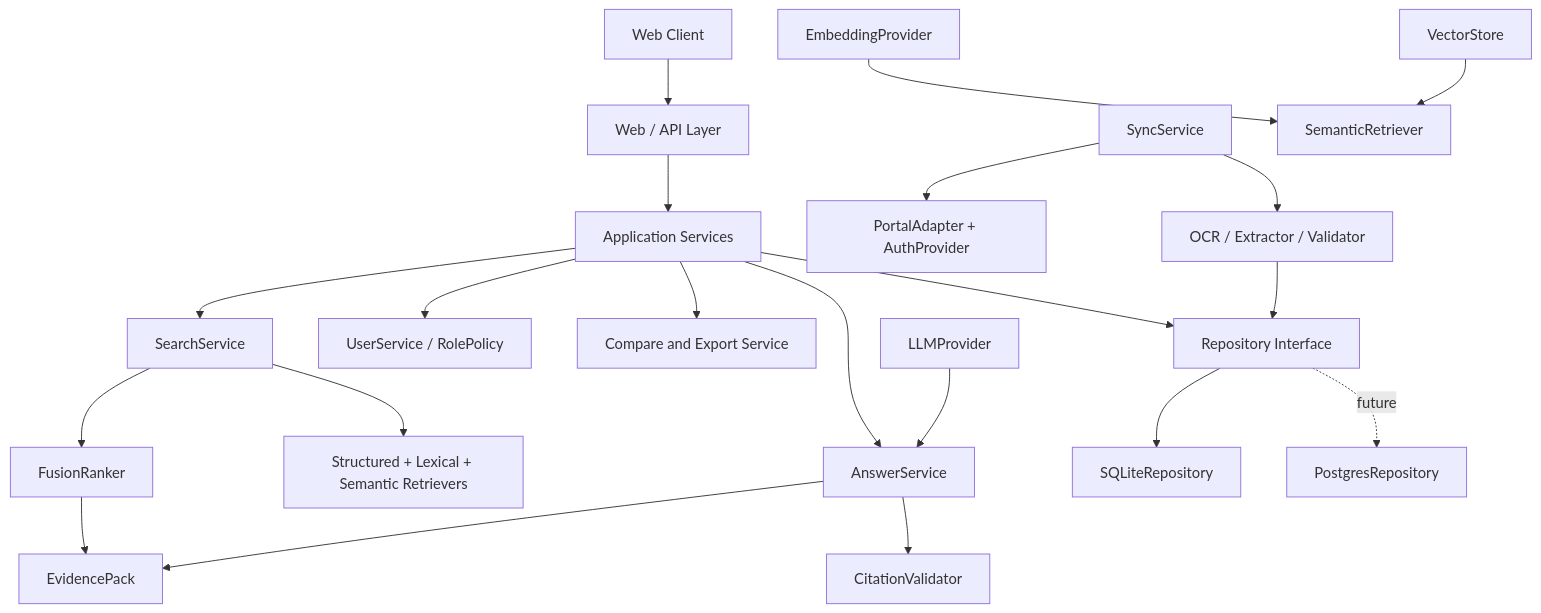
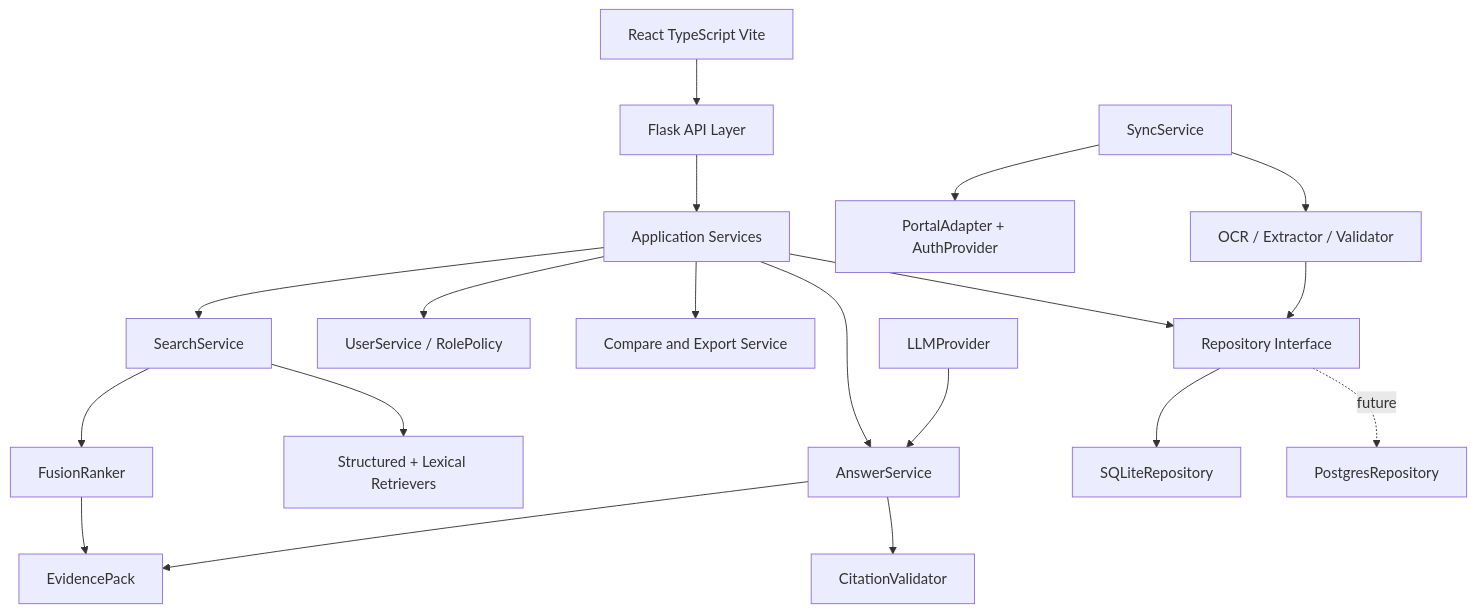
Before and after one commit to Onesummer-D/muc-selection-search: the fourth of 6 diagrams in docs/ARCHITECTURE.md, drawn with Mermaid. The commit also changed other lines of this file and 17 other files, not shown here.

````diff
--- a/docs/ARCHITECTURE.md
+++ b/docs/ARCHITECTURE.md
@@ -118,23 +120,21 @@
 ```mermaid
 flowchart TB
-  Client[Web Client] --> API[Web / API Layer]
+  Client[React TypeScript Vite] --> API[Flask API Layer]
   API --> App[Application Services]
   App --> Search[SearchService]
   App --> User[UserService / RolePolicy]
   App --> RAG[AnswerService]
   App --> Compare[Compare and Export Service]
-  Search --> Retriever[Structured + Lexical + Semantic Retrievers]
+  Search --> Retriever[Structured + Lexical Retrievers]
   Search --> Ranker[FusionRanker]
   Ranker --> EvidencePack[EvidencePack]
   RAG --> EvidencePack
   RAG --> Validator[CitationValidator]
   App --> Repo[Repository Interface]
   Repo --> SQLite[SQLiteRepository]
   Repo -. future .-> Postgres[PostgresRepository]
   Sync[SyncService] --> Portal[PortalAdapter + AuthProvider]
   Sync --> Process[OCR / Extractor / Validator]
   Process --> Repo
-  Embedding[EmbeddingProvider] --> Semantic[SemanticRetriever]
-  Vector[VectorStore] --> Semantic
   LLM[LLMProvider] --> RAG
 ```
````
